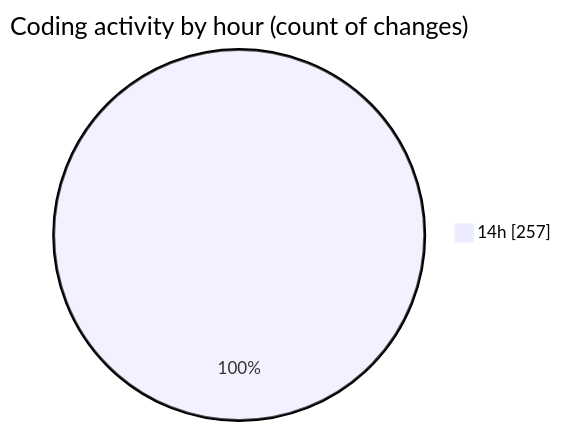
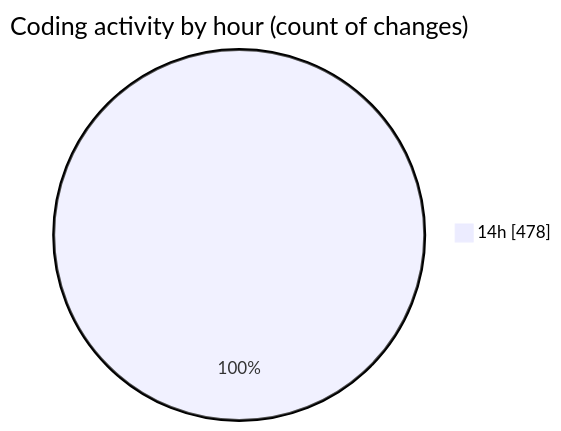
Before and after one commit to vahidmafi/code-tracking: the second of 2 diagrams in 2025-03-03/www/README.md, drawn with Mermaid. The commit also changed other lines of this file and 1 other file, not shown here.

````diff
--- a/2025-03-03/www/README.md
+++ b/2025-03-03/www/README.md
@@ -284,5 +292,5 @@
 ```mermaid
 pie showData
 title Coding activity by hour (count of changes)
-"14h" : 257
+"14h" : 478
 ```
````
